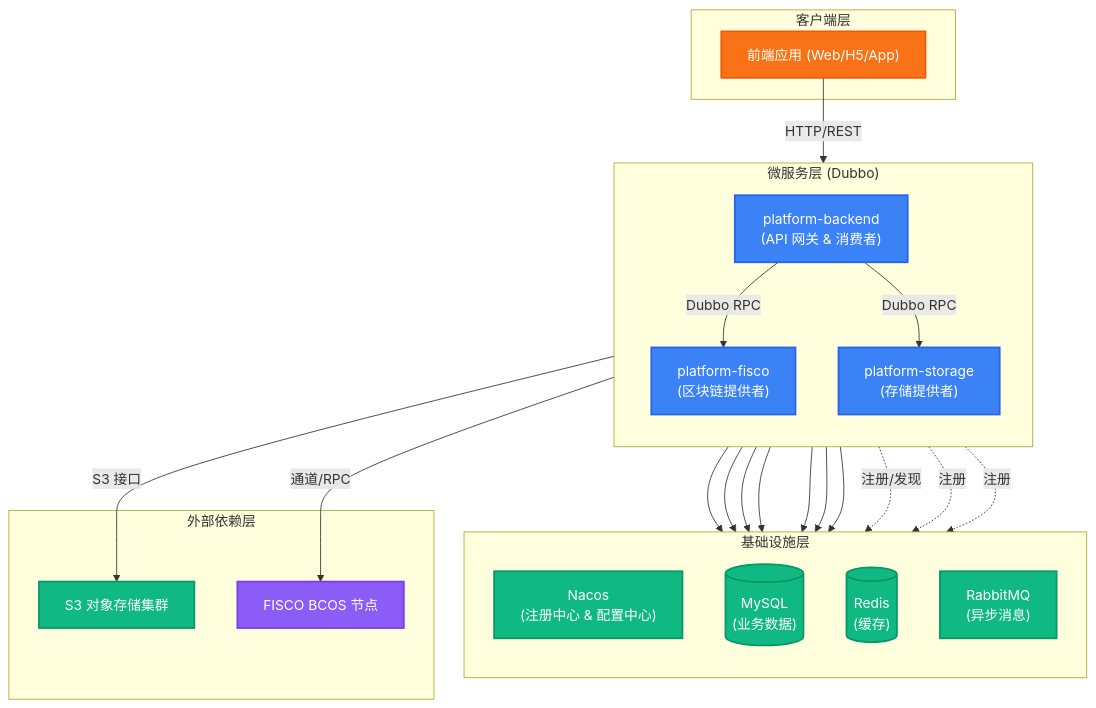
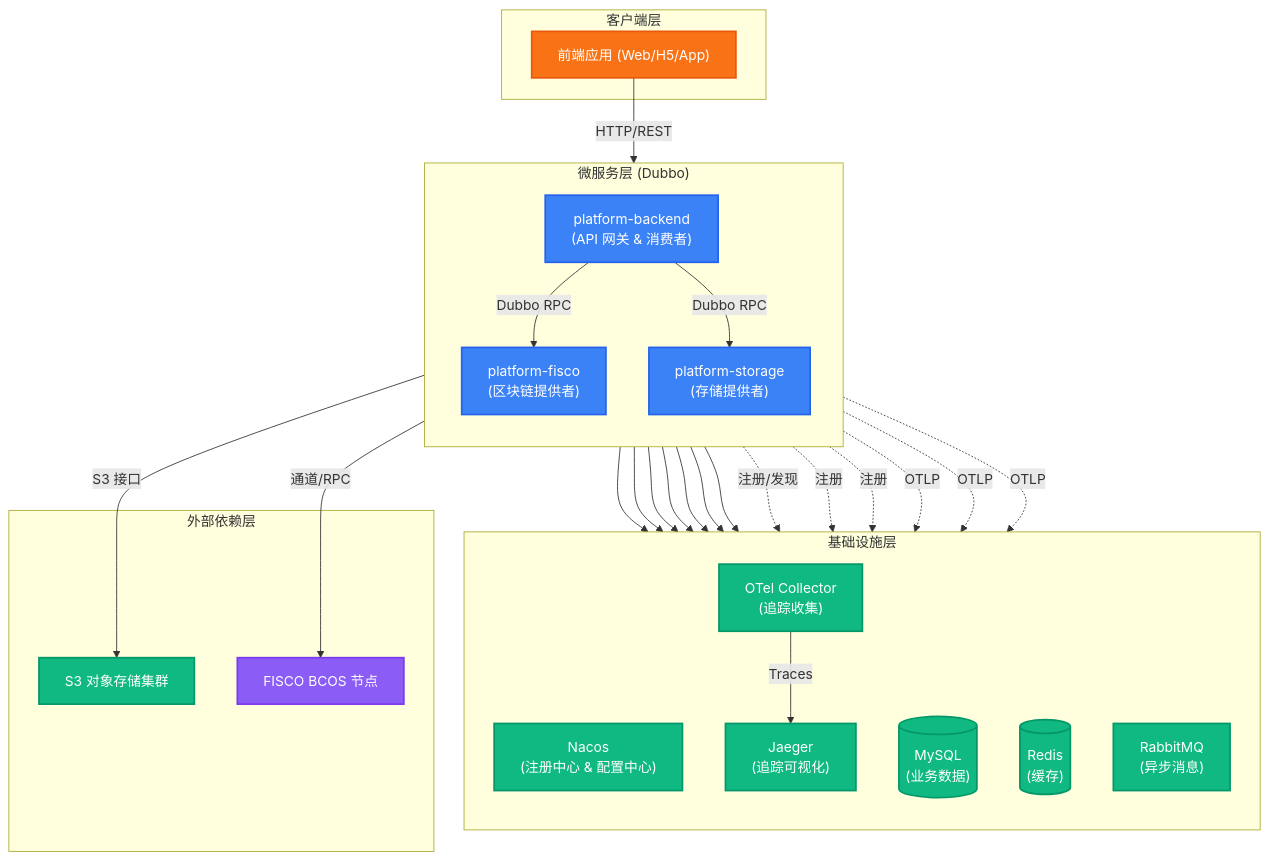
The first of 9 diagrams in docs/zh/architecture/system-overview.md (SoarCollab/RecordPlatform), drawn with Mermaid before and after one commit. The commit also changed other lines of this file and 41 other files, not shown here.

First line of the commit message:
feat: P2-2 OpenTelemetry tracing + P2-7 storage integrity check (#149)

````diff
--- a/docs/zh/architecture/system-overview.md
+++ b/docs/zh/architecture/system-overview.md
@@ -5,52 +5,60 @@
 ```mermaid
 flowchart TB
     %% Style Definitions %%
     classDef service fill:#3b82f6,stroke:#2563eb,stroke-width:2px,color:#ffffff
     classDef infra fill:#10b981,stroke:#059669,stroke-width:2px,color:#ffffff
     classDef chain fill:#8b5cf6,stroke:#7c3aed,stroke-width:2px,color:#ffffff
     classDef client fill:#f97316,stroke:#ea580c,stroke-width:2px,color:#ffffff
 
     subgraph ClientLayer["客户端层"]
         Frontend["前端应用 (Web/H5/App)"]:::client
     end
 
     subgraph ServiceLayer["微服务层 (Dubbo)"]
         direction TB
         Backend["platform-backend<br/>(API 网关 & 消费者)"]:::service
         Fisco["platform-fisco<br/>(区块链提供者)"]:::service
         Storage["platform-storage<br/>(存储提供者)"]:::service
     end
 
     subgraph InfraLayer["基础设施层"]
         direction TB
         Nacos["Nacos<br/>(注册中心 & 配置中心)"]:::infra
         MySQL[("MySQL<br/>(业务数据)")]:::infra
         Redis[("Redis<br/>(缓存)")]:::infra
         RabbitMQ["RabbitMQ<br/>(异步消息)"]:::infra
+        OTel["OTel Collector<br/>(追踪收集)"]:::infra
+        Jaeger["Jaeger<br/>(追踪可视化)"]:::infra
     end
 
     subgraph ExternalLayer["外部依赖层"]
         S3["S3 对象存储集群"]:::infra
         BCOS["FISCO BCOS 节点"]:::chain
     end
 
     %% Connections %%
     Frontend -->|HTTP/REST| Backend
 
     Backend -->|Dubbo RPC| Fisco
     Backend -->|Dubbo RPC| Storage
 
     %% Service to Infra %%
     Backend --> MySQL & Redis & RabbitMQ
     Fisco --> MySQL & Redis
     Storage --> MySQL & Redis
 
     %% Service Registry %%
     Backend -.->|注册/发现| Nacos
     Fisco -.->|注册| Nacos
     Storage -.->|注册| Nacos
 
     %% Service to External %%
     Fisco -->|通道/RPC| BCOS
     Storage -->|S3 接口| S3
+
+    %% Tracing %%
+    Backend -.->|OTLP| OTel
+    Fisco -.->|OTLP| OTel
+    Storage -.->|OTLP| OTel
+    OTel -->|Traces| Jaeger
 ```
````
